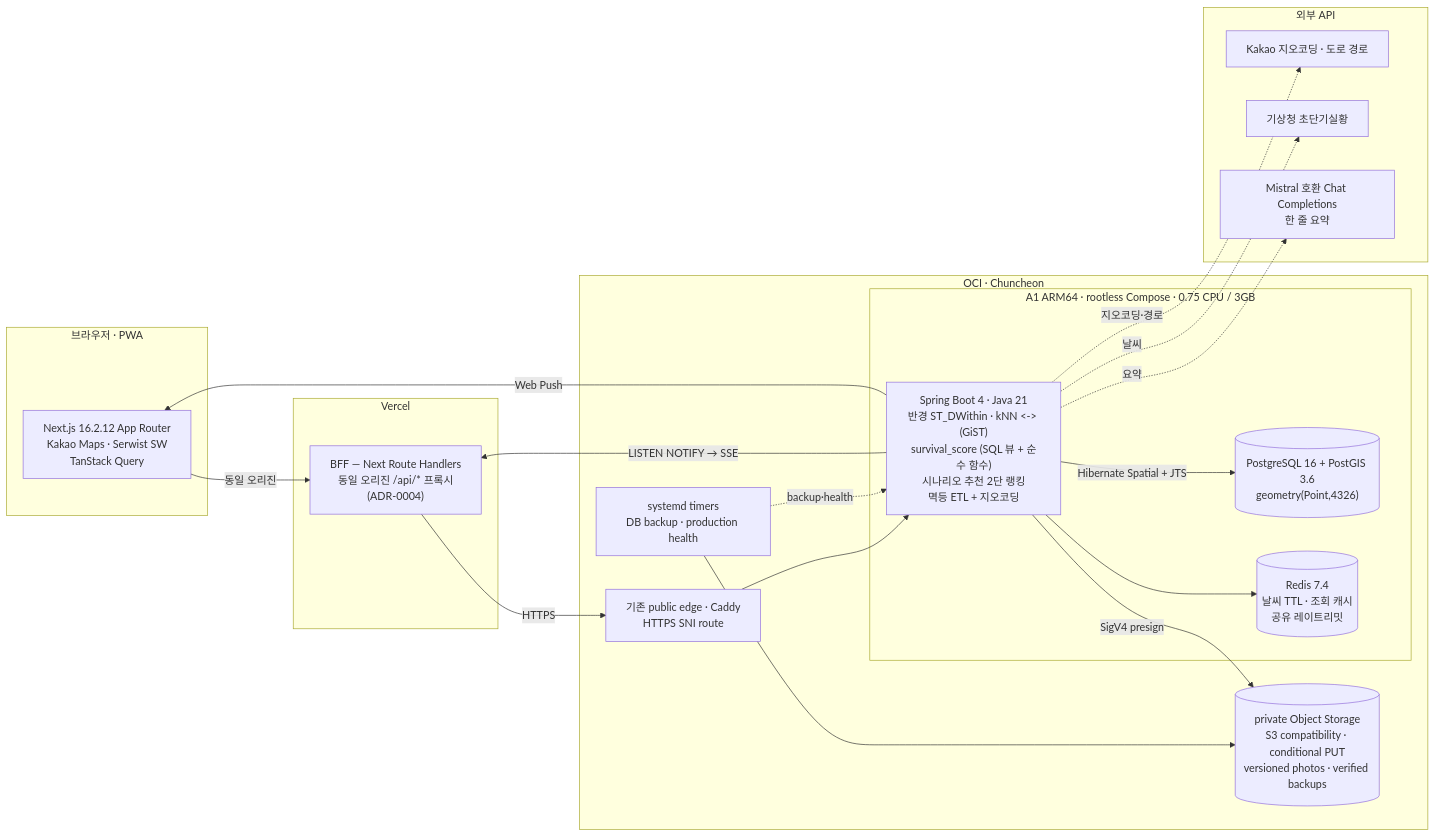
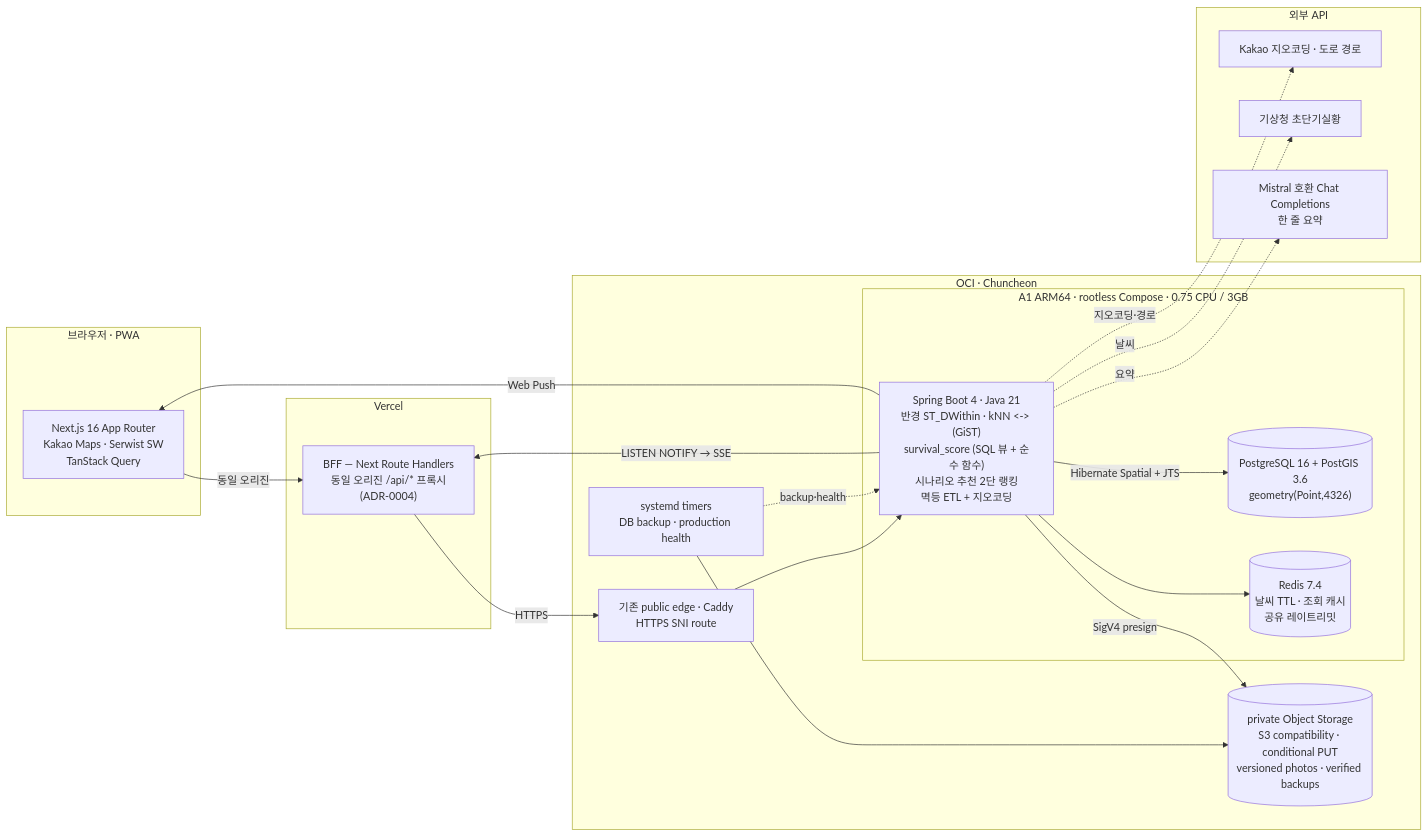
One commit to ghdtjdwn/geuneul changed the first of 3 diagrams in docs/architecture.md. Above: the diagram before and after it, drawn with Mermaid. The commit also changed 7 other files, not shown here.

````diff
--- a/docs/architecture.md
+++ b/docs/architecture.md
@@ -15,40 +15,40 @@
 ```mermaid
 flowchart LR
   subgraph client["브라우저 · PWA"]
-    UI["Next.js 16.2.12 App Router<br/>Kakao Maps · Serwist SW<br/>TanStack Query"]
+    UI["Next.js 16 App Router<br/>Kakao Maps · Serwist SW<br/>TanStack Query"]
   end
 
   subgraph vercel["Vercel"]
     BFF["BFF — Next Route Handlers<br/>동일 오리진 /api/* 프록시<br/>(ADR-0004)"]
   end
 
   subgraph oci["OCI · Chuncheon"]
     EDGE["기존 public edge · Caddy<br/>HTTPS SNI route"]
     subgraph rootless["A1 ARM64 · rootless Compose · 0.75 CPU / 3GB"]
       API["Spring Boot 4 · Java 21<br/>반경 ST_DWithin · kNN &lt;-&gt; (GiST)<br/>survival_score (SQL 뷰 + 순수 함수)<br/>시나리오 추천 2단 랭킹<br/>멱등 ETL + 지오코딩"]
       PG[("PostgreSQL 16 + PostGIS 3.6<br/>geometry(Point,4326)")]
       REDIS[("Redis 7.4<br/>날씨 TTL · 조회 캐시<br/>공유 레이트리밋")]
     end
     OBJ[("private Object Storage<br/>S3 compatibility · conditional PUT<br/>versioned photos · verified backups")]
     TIMER["systemd timers<br/>DB backup · production health"]
   end
 
   subgraph ext["외부 API"]
     KAKAO["Kakao 지오코딩 · 도로 경로"]
     KMA["기상청 초단기실황"]
     AI["Mistral 호환 Chat Completions<br/>한 줄 요약"]
   end
 
   UI -->|동일 오리진| BFF
   BFF -->|HTTPS| EDGE --> API
   API -->|Hibernate Spatial + JTS| PG
   API --> REDIS
   API -->|SigV4 presign| OBJ
   API -.지오코딩·경로.-> KAKAO
   API -.날씨.-> KMA
   API -.요약.-> AI
   TIMER -.backup·health.-> API
   TIMER --> OBJ
   API -->|LISTEN NOTIFY → SSE| BFF
   API -->|Web Push| UI
 ```
````
